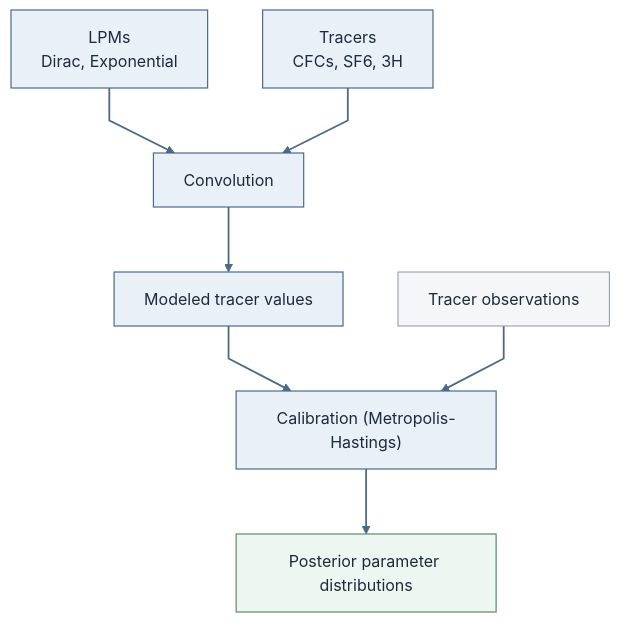
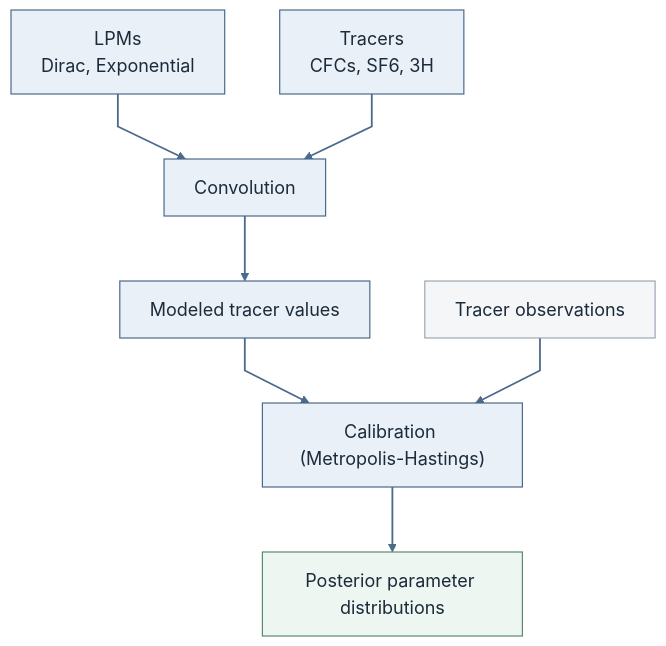
One commit to dreuzy/PyAges changed the diagram in docs/figures/figure1_overview.md. Above: the diagram before and after it, drawn with Mermaid. The commit also changed other lines of this file and 603 other files, not shown here.

````diff
--- a/docs/figures/figure1_overview.md
+++ b/docs/figures/figure1_overview.md
@@ -7,35 +7,35 @@
 ```{mermaid}
 flowchart TB
   %% Increase font size for publication
   %% Mermaid theme variables are supported by mermaid-cli
-  %% (12 is default-ish; we push to 16 for readability)
+  %% At the 110 mm manuscript width, 18 px remains above 9 pt.
   %% Use straight connectors so every arrow has an unambiguous source and target
-  %%{init: {"theme": "base", "flowchart": {"curve": "linear", "nodeSpacing": 55, "rankSpacing": 65}, "themeVariables": {"fontSize": "16px", "lineColor": "#4b6a8b"}}}%%
+  %%{init: {"theme": "base", "flowchart": {"curve": "linear", "nodeSpacing": 55, "rankSpacing": 65}, "themeVariables": {"fontFamily": "Arial, Helvetica, sans-serif", "fontSize": "18px", "lineColor": "#4b6a8b"}}}%%
   %% Node styles
   classDef main fill:#e9f0f8,stroke:#4b6a8b,stroke-width:1.2,color:#1c2b3a;
   classDef side fill:#f4f6f8,stroke:#8a97a5,stroke-width:1,color:#1c2b3a;
   classDef output fill:#eef6f2,stroke:#5b8b6f,stroke-width:1.2,color:#1c2b3a;
 
   %% Core classes
   LPM["LPMs<br/>Dirac, Exponential"]:::main
   TRACER["Tracers<br/>CFCs, SF6, 3H"]:::main
   CONV["Convolution"]:::main
   MODEL["Modeled tracer values"]:::main
   CAL["Calibration (Metropolis-Hastings)"]:::main
 
   %% External data / outputs
   OBS["Tracer observations"]:::side
   OUT1["Posterior parameter distributions"]:::output
   %% (removed) Model diagnostics box
 
   %% Flow
   LPM --> CONV
   TRACER --> CONV
   CONV --> MODEL
   MODEL --> CAL
   OBS --> CAL
   CAL --> OUT1
 
   %% Keep all connectors visible and consistent in print and HTML exports
   linkStyle default stroke:#4b6a8b,stroke-width:1.8px,fill:none;
 ```
````
